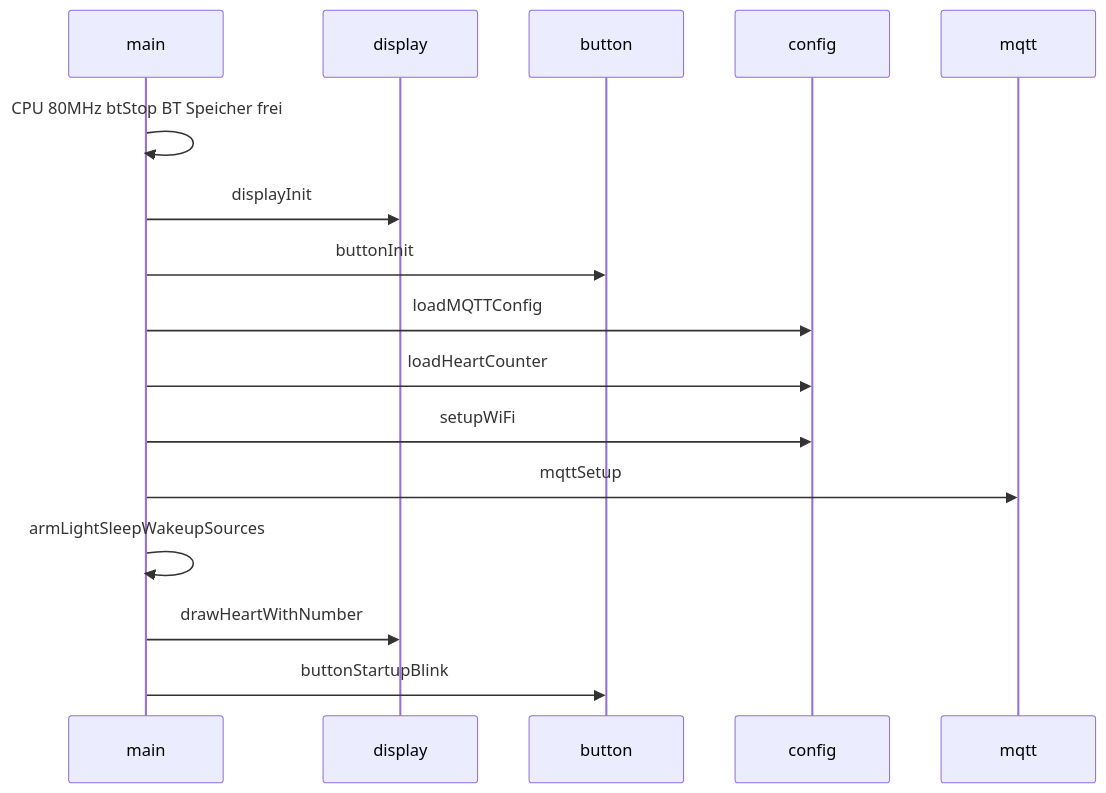
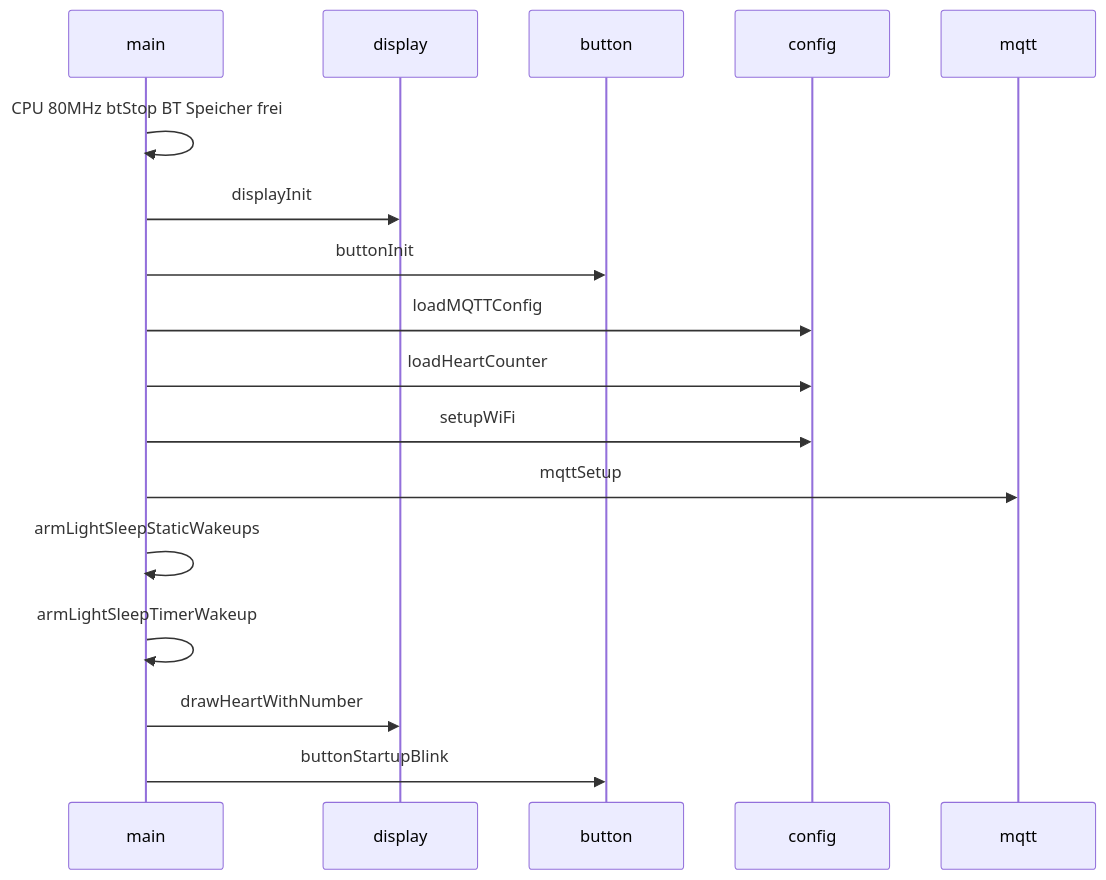
One commit to EyJunge1/chaya2mqtt changed the third of 4 diagrams in docs/ARCHITECTURE.md. Above: the diagram before and after it, drawn with Mermaid. The commit also changed other lines of this file and 7 other files, not shown here.

First line of the commit message:
Refactor light sleep handling and improve MQTT configuration management

````diff
--- a/docs/ARCHITECTURE.md
+++ b/docs/ARCHITECTURE.md
@@ -70,19 +70,20 @@
 ```mermaid
 sequenceDiagram
     participant M as main
     participant D as display
     participant B as button
     participant C as config
     participant Q as mqtt
 
     M->>M: CPU 80MHz btStop BT Speicher frei
     M->>D: displayInit
     M->>B: buttonInit
     M->>C: loadMQTTConfig
     M->>C: loadHeartCounter
     M->>C: setupWiFi
     M->>Q: mqttSetup
-    M->>M: armLightSleepWakeupSources
+    M->>M: armLightSleepStaticWakeups
+    M->>M: armLightSleepTimerWakeup
     M->>D: drawHeartWithNumber
     M->>B: buttonStartupBlink
 ```
````
